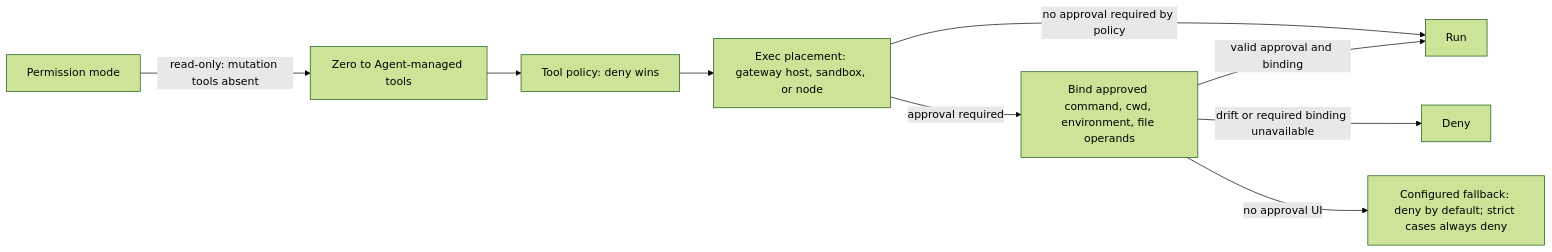
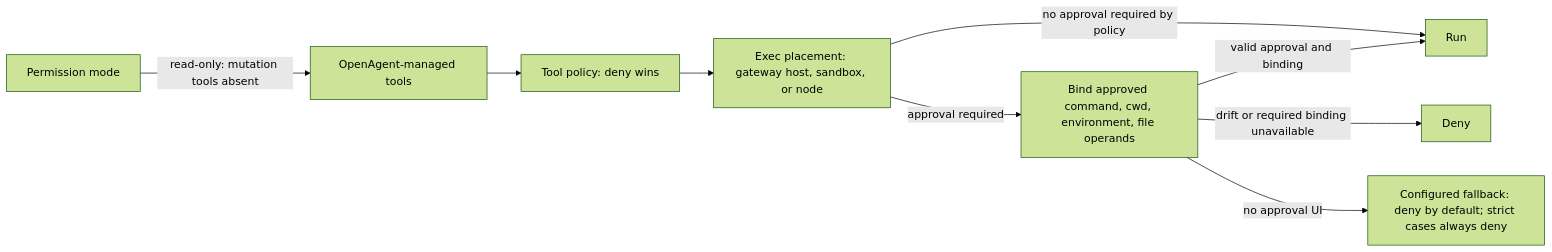
The diagram in docs/start/why-openclaw/policy-as-code.md (celaya-solutions/CSR-AGENT), drawn with Mermaid (forest theme) before and after one commit. The commit also changed other lines of this file and 6032 other files, not shown here.

First line of the commit message:
refactor: rebrand user-facing display text to OpenAgent by Celaya Solutions

````diff
--- a/docs/start/why-openclaw/policy-as-code.md
+++ b/docs/start/why-openclaw/policy-as-code.md
@@ -16,11 +16,11 @@
 ```mermaid actions={true} placement="top-right"
 flowchart LR
-  MODE["Permission mode"] -->|"read-only: mutation tools absent"| REG["Zero to Agent-managed tools"]
+  MODE["Permission mode"] -->|"read-only: mutation tools absent"| REG["OpenAgent-managed tools"]
   REG --> TP["Tool policy: deny wins"]
   TP --> PLACE["Exec placement: gateway host, sandbox, or node"]
   PLACE -->|"approval required"| APR["Bind approved command, cwd, environment, file operands"]
   PLACE -->|"no approval required by policy"| RUN["Run"]
   APR -->|"valid approval and binding"| RUN
   APR -->|"drift or required binding unavailable"| DENY["Deny"]
   APR -->|"no approval UI"| FALLBACK["Configured fallback: deny by default; strict cases always deny"]
 ```
````
